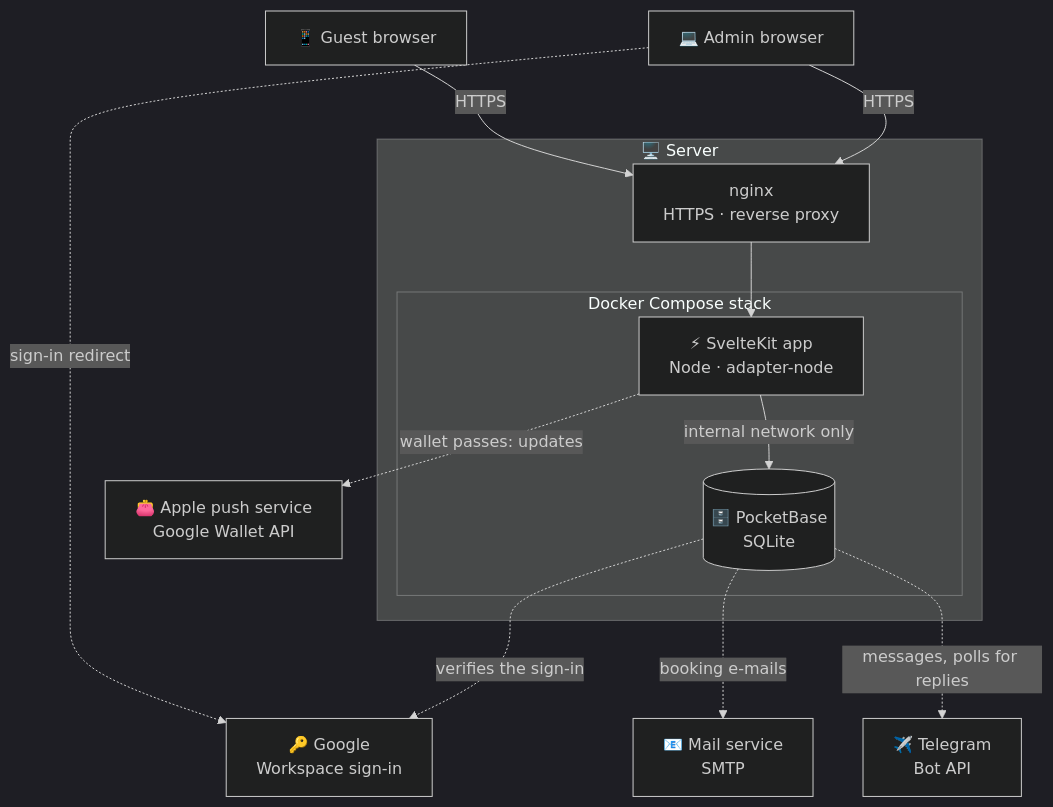
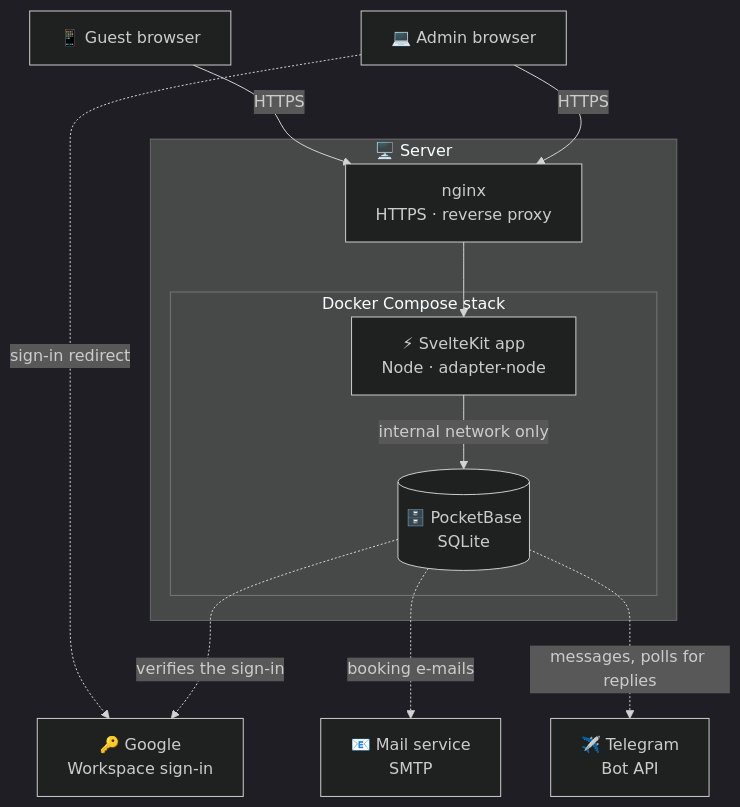
One commit to MorpheusMXML/hamburn-cozynights changed the first of 3 diagrams in docs/reference/architecture.md. Above: the diagram before and after it, drawn with Mermaid (dark theme). The commit also changed other lines of this file and 21 other files, not shown here.

First line of the commit message:
docs: no wallet passes; the QR code as a picture in the e-mail

````diff
--- a/docs/reference/architecture.md
+++ b/docs/reference/architecture.md
@@ -7,27 +7,25 @@
 ```mermaid
 flowchart TB
   guest["📱 Guest browser"]
   admin["💻 Admin browser"]
   google["🔑 Google<br/>Workspace sign-in"]
   mail["📧 Mail service<br/>SMTP"]
   telegram["✈️ Telegram<br/>Bot API"]
-  wallets["👛 Apple push service<br/>Google Wallet API"]
 
   subgraph server["🖥️ Server"]
     nginx["nginx<br/>HTTPS · reverse proxy"]
     subgraph docker["Docker Compose stack"]
       app["⚡ SvelteKit app<br/>Node · adapter-node"]
       pb[("🗄️ PocketBase<br/>SQLite")]
     end
   end
 
   guest -- HTTPS --> nginx
   admin -- HTTPS --> nginx
   nginx --> app
   app -- "internal network only" --> pb
   admin -. "sign-in redirect" .-> google
   pb -. "verifies the sign-in" .-> google
   pb -. "booking e-mails" .-> mail
   pb -. "messages, polls for replies" .-> telegram
-  app -. "wallet passes: updates" .-> wallets
 ```
````
